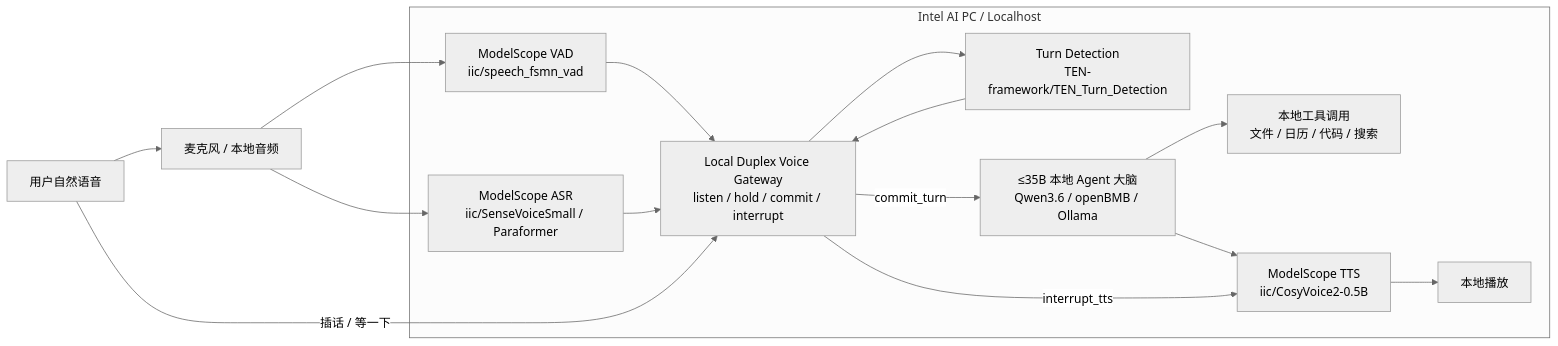
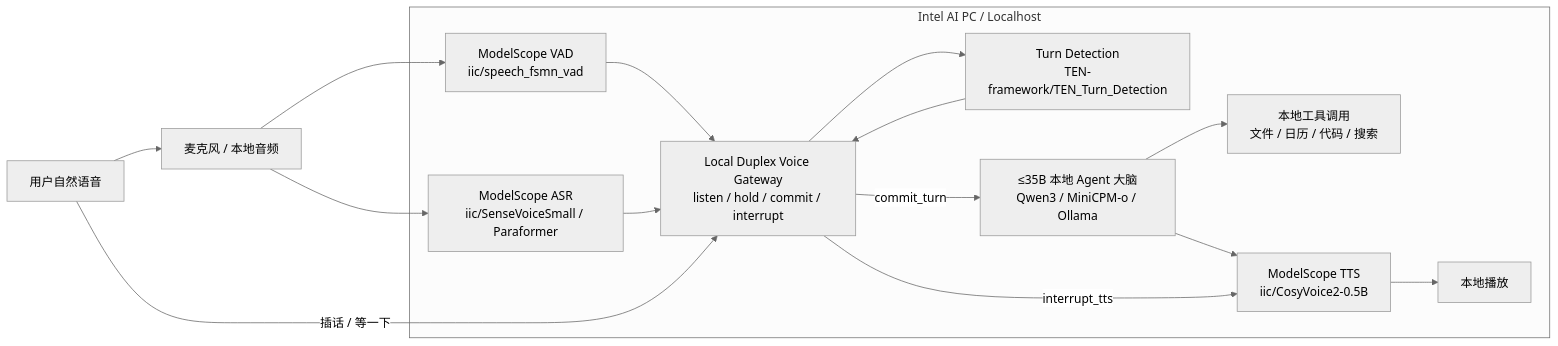
The diagram in assets/architecture.mmd (Chengyuann/local-duplex-voice-gateway), drawn with Mermaid (neutral theme) before and after one commit. The commit also changed 8 other files, not shown here.

```diff
--- a/assets/architecture.mmd
+++ b/assets/architecture.mmd
@@ -1,24 +1,24 @@
 flowchart LR
   U["用户自然语音"] --> MIC["麦克风 / 本地音频"]
   MIC --> VAD["ModelScope VAD\niic/speech_fsmn_vad"]
   MIC --> ASR["ModelScope ASR\niic/SenseVoiceSmall / Paraformer"]
   VAD --> GW["Local Duplex Voice Gateway\nlisten / hold / commit / interrupt"]
   ASR --> GW
   GW --> TD["Turn Detection\nTEN-framework/TEN_Turn_Detection"]
   TD --> GW
-  GW -->|"commit_turn"| LLM["≤35B 本地 Agent 大脑\nQwen3.6 / openBMB / Ollama"]
+  GW -->|"commit_turn"| LLM["≤35B 本地 Agent 大脑\nQwen3 / MiniCPM-o / Ollama"]
   LLM --> TOOL["本地工具调用\n文件 / 日历 / 代码 / 搜索"]
   LLM --> TTS["ModelScope TTS\niic/CosyVoice2-0.5B"]
   TTS --> SPK["本地播放"]
   U -->|"插话 / 等一下"| GW
   GW -->|"interrupt_tts"| TTS
   subgraph AIPC["Intel AI PC / Localhost"]
     VAD
     ASR
     GW
     TD
     LLM
     TOOL
     TTS
     SPK
   end
```
